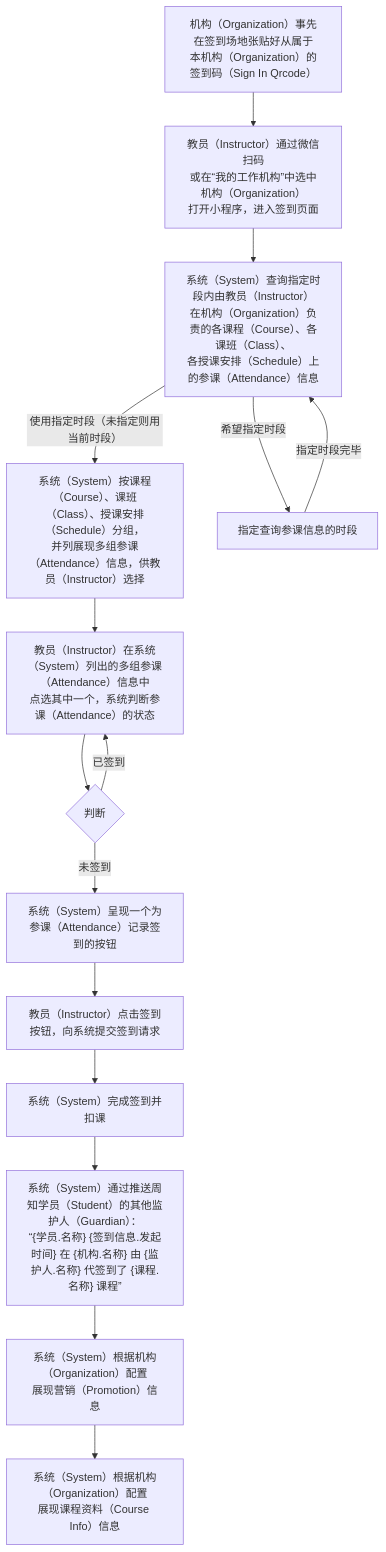
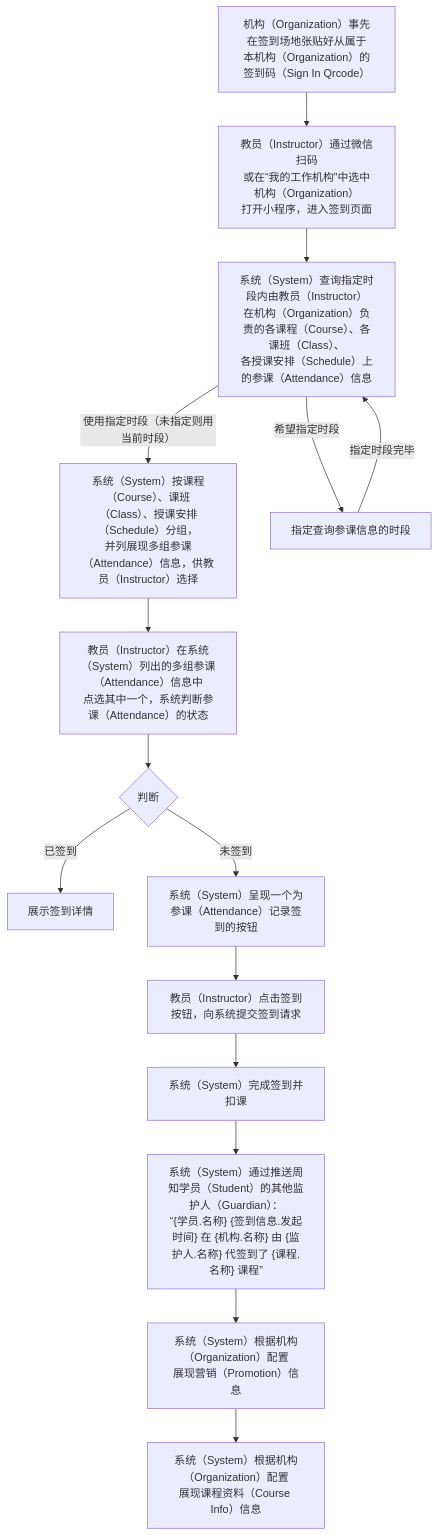
The third of 3 diagrams in 用例/签到.md (world-wide-web/sign), drawn with Mermaid before and after one commit. The commit also changed other lines of this file, not shown here.

Commit message:
用例/签到.md updated from https://stackedit.io/

````diff
--- a/用例/签到.md
+++ b/用例/签到.md
@@ -82,44 +82,44 @@
 ```mermaid
 graph TD
 
 准备签到码-->扫描签到码
 扫描签到码-->列出负责的授课单元
 列出负责的授课单元--"使用指定时段（未指定则用当前时段）"-->展现授课单元下的参课信息
 列出负责的授课单元--希望指定时段-->指定查询参课信息的时段
 指定查询参课信息的时段--指定时段完毕-->列出负责的授课单元
 展现授课单元下的参课信息-->选择参课信息
 选择参课信息-->判断参课信息
-判断参课信息--已签到-->选择参课信息
+判断参课信息--已签到-->展示签到详情
 判断参课信息--未签到-->呈现签到按钮
 呈现签到按钮-->提交签到请求
 提交签到请求-->签到扣课
 签到扣课-->周知签到情况
 周知签到情况-->展示营销信息
 展示营销信息-->展示课程资料
 
 准备签到码["<center>机构（Organization）事先在签到场地张贴好从属于<br>本机构（Organization）的签到码（Sign In Qrcode）</center>"]
 
 扫描签到码["<center>教员（Instructor）通过微信扫码<br>或在“我的工作机构”中选中机构（Organization）<br>打开小程序，进入签到页面</center>"]
 
 列出负责的授课单元["<center>系统（System）查询指定时段内由教员（Instructor）<br>在机构（Organization）负责的各课程（Course）、各课班（Class）、<br>各授课安排（Schedule）上的参课（Attendance）信息"]
 
 指定查询参课信息的时段
 
 展现授课单元下的参课信息["<center>系统（System）按课程（Course）、课班（Class）、授课安排（Schedule）分组，<br>并列展现多组参课（Attendance）信息，供教员（Instructor）选择</center>"]
 
 选择参课信息["<center>教员（Instructor）在系统（System）列出的多组参课（Attendance）信息中<br>点选其中一个，系统判断参课（Attendance）的状态</center>"]
 
 判断参课信息{"<center>判断</center>"}
 
 呈现签到按钮["<center>系统（System）呈现一个为参课（Attendance）记录签到的按钮</center>"]
 
 提交签到请求["<center>教员（Instructor）点击签到按钮，向系统提交签到请求</center>"]
 
 签到扣课["<center>系统（System）完成签到并扣课</center>"]
 
 周知签到情况["<center>系统（System）通过推送周知学员（Student）的其他监护人（Guardian）：<br>“{学员.名称} {签到信息.发起时间} 在 {机构.名称} 由 {监护人.名称} 代签到了 {课程.名称} 课程”</center>"]
 
 展示营销信息["<center>系统（System）根据机构（Organization）配置<br>展现营销（Promotion）信息</center>"]
 
 展示课程资料["<center>系统（System）根据机构（Organization）配置<br>展现课程资料（Course Info）信息</center>"]
 ```
````
